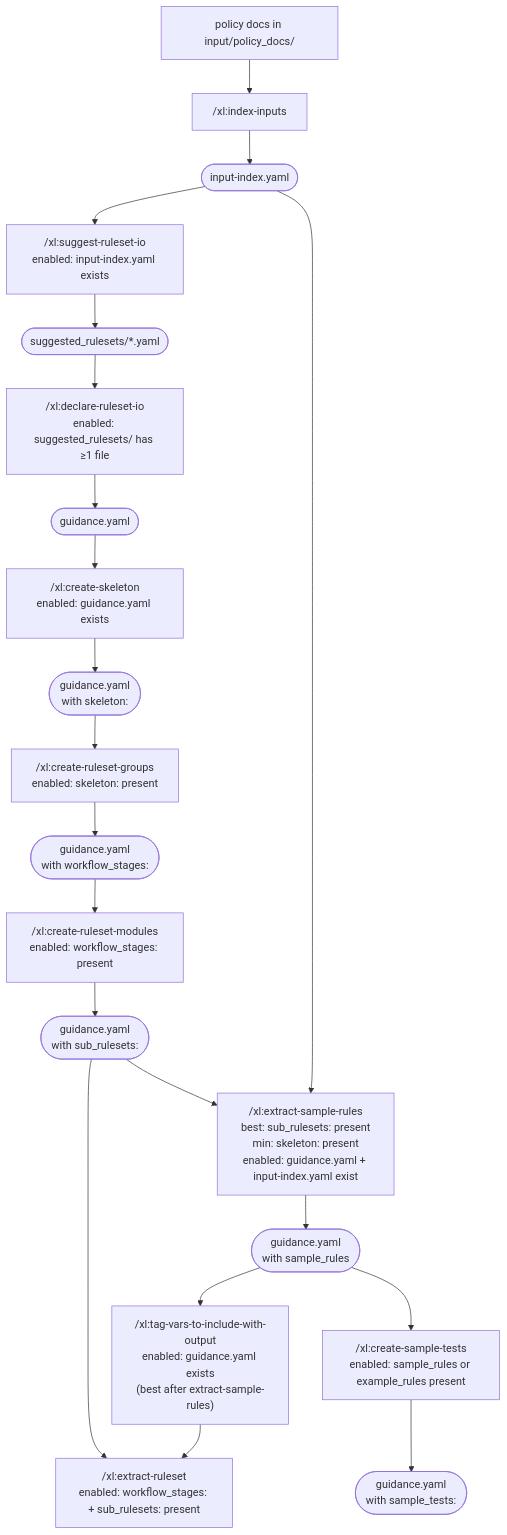
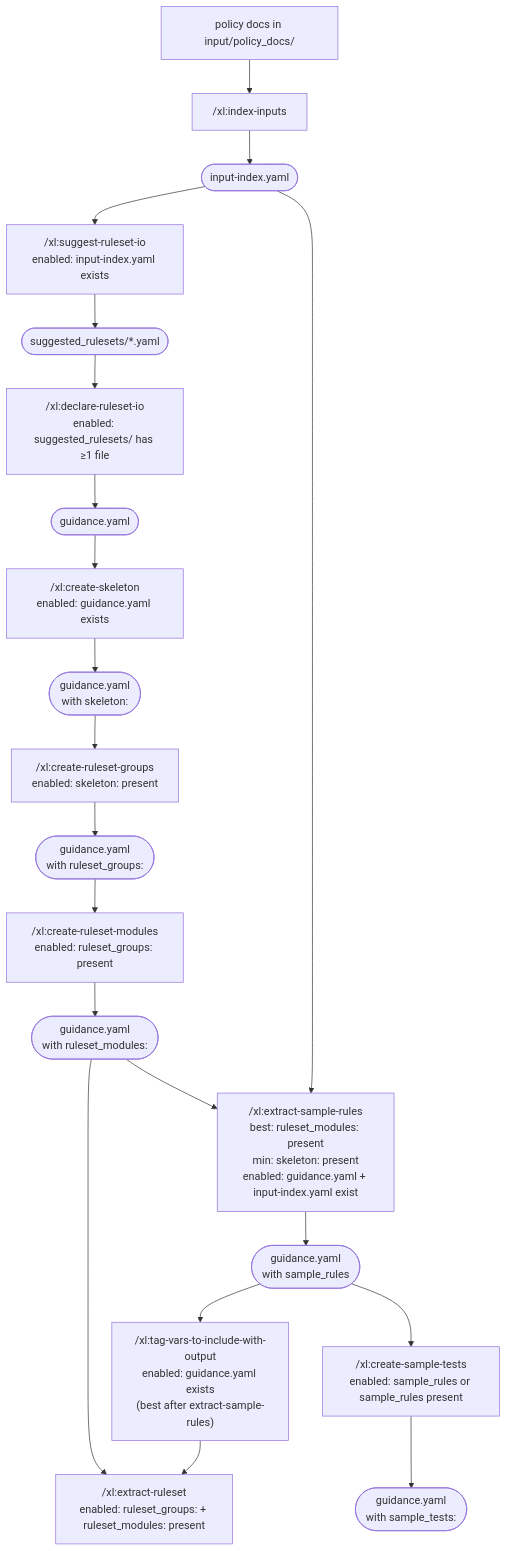
The diagram in xl-plugin/CLAUDE.md (navapbc/lockpicks-xlator-plugin), drawn with Mermaid before and after one commit. The commit also changed other lines of this file and 25 other files, not shown here.

Commit message:
refactor: standardize vocabulary — ruleset module, ruleset group, sample rules (#4)

````diff
--- a/xl-plugin/CLAUDE.md
+++ b/xl-plugin/CLAUDE.md
@@ -47,40 +47,40 @@
 ```mermaid
 flowchart TD
     DOCS["policy docs in input/policy_docs/"]
     IDX_CMD["/xl:index-inputs"]
     IDX(["input-index.yaml"])
 
     DOCS --> IDX_CMD --> IDX
 
     SUG["/xl:suggest-ruleset-io\nenabled: input-index.yaml exists"]
     SUG_F(["suggested_rulesets/*.yaml"])
     DECL["/xl:declare-ruleset-io\nenabled: suggested_rulesets/ has ≥1 file"]
     GY(["guidance.yaml"])
 
     IDX --> SUG --> SUG_F --> DECL --> GY
 
     SKEL["/xl:create-skeleton\nenabled: guidance.yaml exists"]
     GY_SKEL(["guidance.yaml\nwith skeleton:"])
     GROUPS["/xl:create-ruleset-groups\nenabled: skeleton: present"]
-    GY_GROUPS(["guidance.yaml\nwith workflow_stages:"])
-    MODS["/xl:create-ruleset-modules\nenabled: workflow_stages: present"]
+    GY_GROUPS(["guidance.yaml\nwith ruleset_groups:"])
+    MODS["/xl:create-ruleset-modules\nenabled: ruleset_groups: present"]
 
     GY --> SKEL --> GY_SKEL --> GROUPS --> GY_GROUPS --> MODS
 
-    GY_MODS(["guidance.yaml\nwith sub_rulesets:"])
-    SAMPLERULES["/xl:extract-sample-rules\nbest: sub_rulesets: present\nmin: skeleton: present\nenabled: guidance.yaml + input-index.yaml exist"]
+    GY_MODS(["guidance.yaml\nwith ruleset_modules:"])
+    SAMPLERULES["/xl:extract-sample-rules\nbest: ruleset_modules: present\nmin: skeleton: present\nenabled: guidance.yaml + input-index.yaml exist"]
     GY_RULES(["guidance.yaml\nwith sample_rules"])
     TAGVARS["/xl:tag-vars-to-include-with-output\nenabled: guidance.yaml exists\n(best after extract-sample-rules)"]
-    SAMPLETESTS["/xl:create-sample-tests\nenabled: sample_rules or example_rules present"]
+    SAMPLETESTS["/xl:create-sample-tests\nenabled: sample_rules or sample_rules present"]
     GY_SAMPLETESTS(["guidance.yaml\nwith sample_tests:"])
 
     MODS --> GY_MODS --> SAMPLERULES
     IDX --> SAMPLERULES
     SAMPLERULES --> GY_RULES --> TAGVARS
     GY_RULES --> SAMPLETESTS --> GY_SAMPLETESTS
 
-    EXTRACT["/xl:extract-ruleset\nenabled: workflow_stages: + sub_rulesets: present"]
+    EXTRACT["/xl:extract-ruleset\nenabled: ruleset_groups: + ruleset_modules: present"]
 
     GY_MODS --> EXTRACT
     TAGVARS --> EXTRACT
 ```
````
